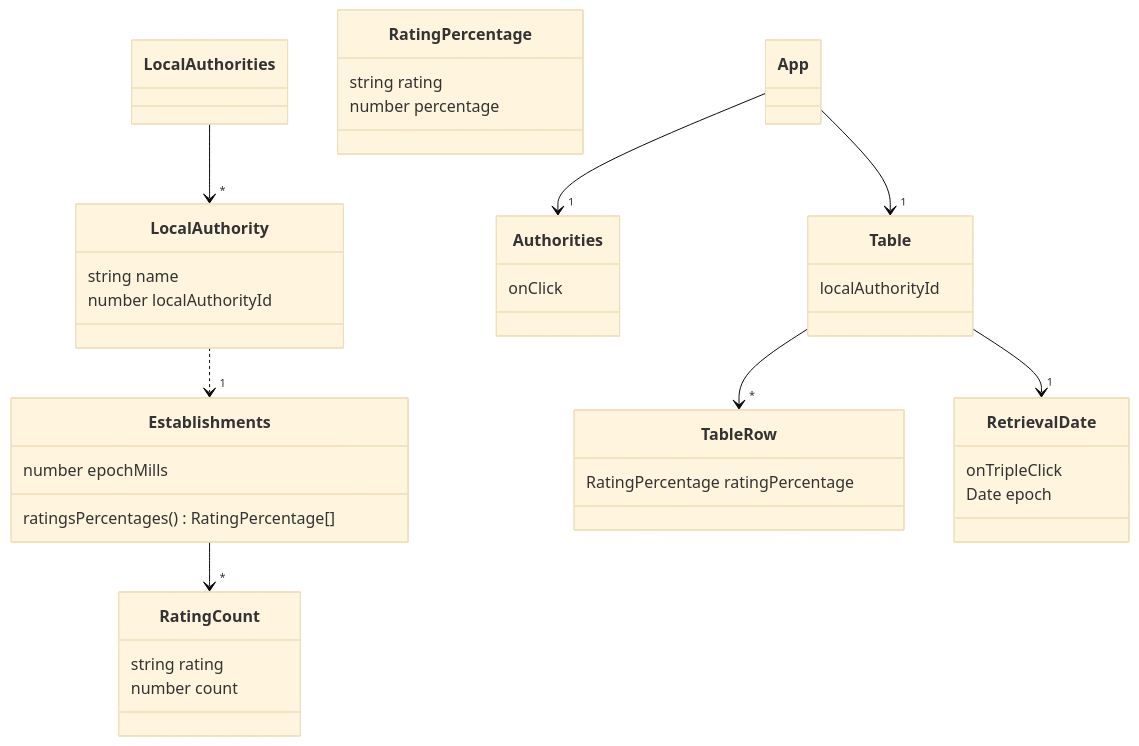
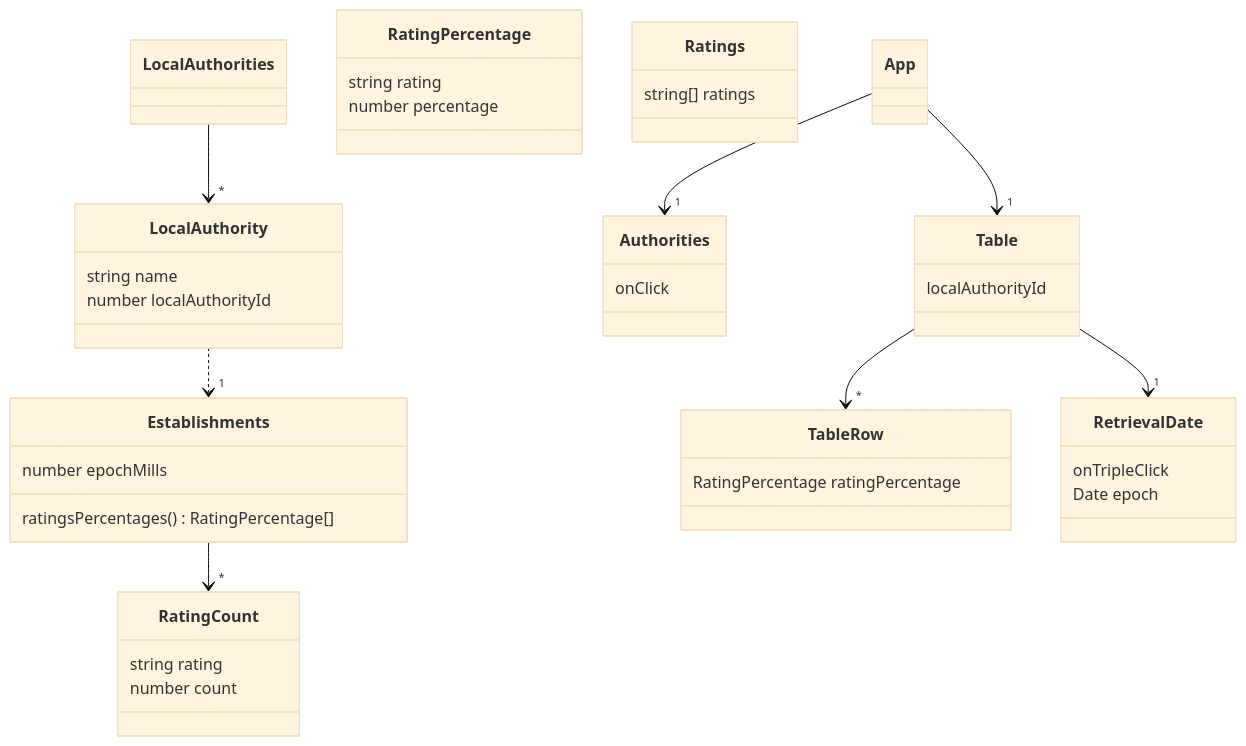
The diagram in README.md (jg210/spring-experiments), drawn with Mermaid (base theme) before and after one commit.

Commit message:
Add Ratings to mermaid class diagram in README.

````diff
--- a/README.md
+++ b/README.md
@@ -18,44 +18,47 @@
 ```mermaid
 classDiagram
     %% Data Model
     class LocalAuthorities {
     }
     class LocalAuthority {
         string name
         number localAuthorityId
     }
     class Establishments {
         number epochMills
         ratingsPercentages() RatingPercentage[]
     }
     class RatingCount {
         string rating
         number count
     }
     class RatingPercentage {
-       string rating
-       number percentage
+        string rating
+        number percentage
+    }
+    class Ratings {
+        string[] ratings
     }
     %% Components
     class Authorities {
          onClick
     }
     class Table {
         localAuthorityId
     }
     class TableRow {
         RatingPercentage ratingPercentage
     }
     class RetrievalDate {
         onTripleClick
         Date epoch
     }
     %% Relationships
     LocalAuthorities --> "*" LocalAuthority
     LocalAuthority ..> "1" Establishments
     Establishments --> "*" RatingCount
     App --> "1" Authorities
     App --> "1" Table
     Table --> "*" TableRow
     Table --> "1" RetrievalDate
 ```
````
